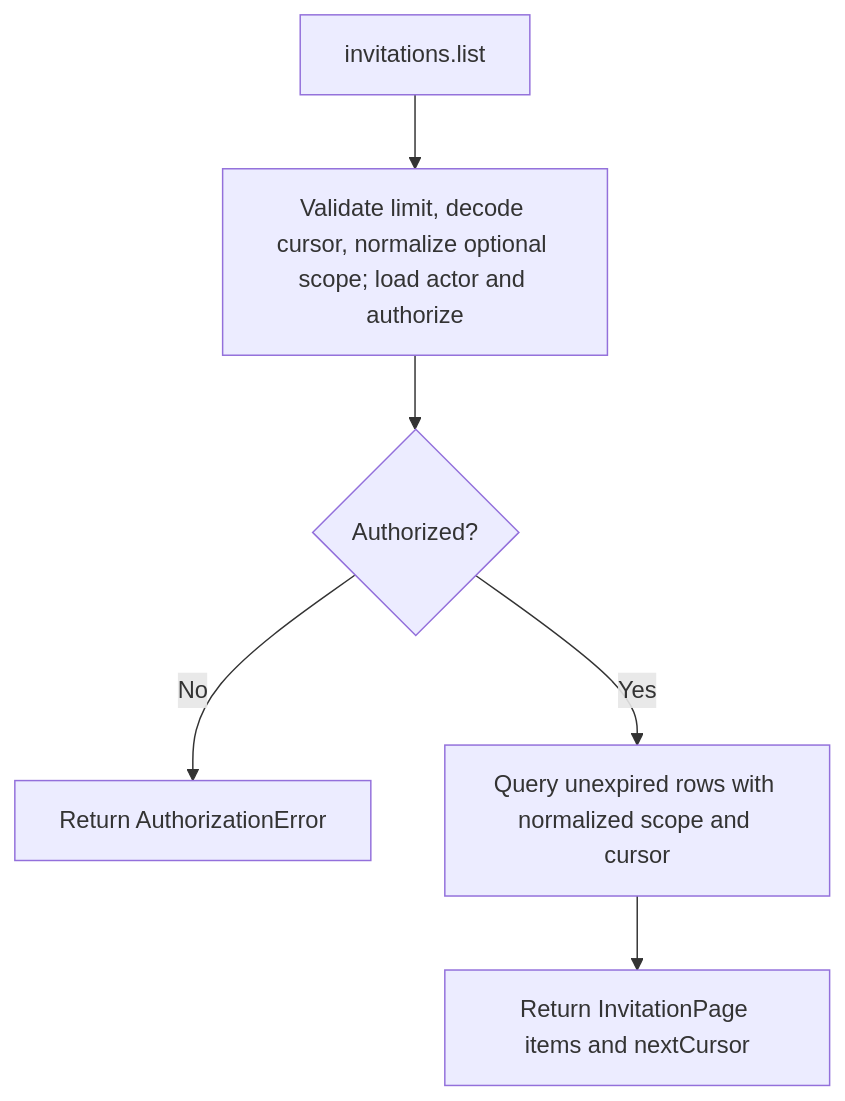
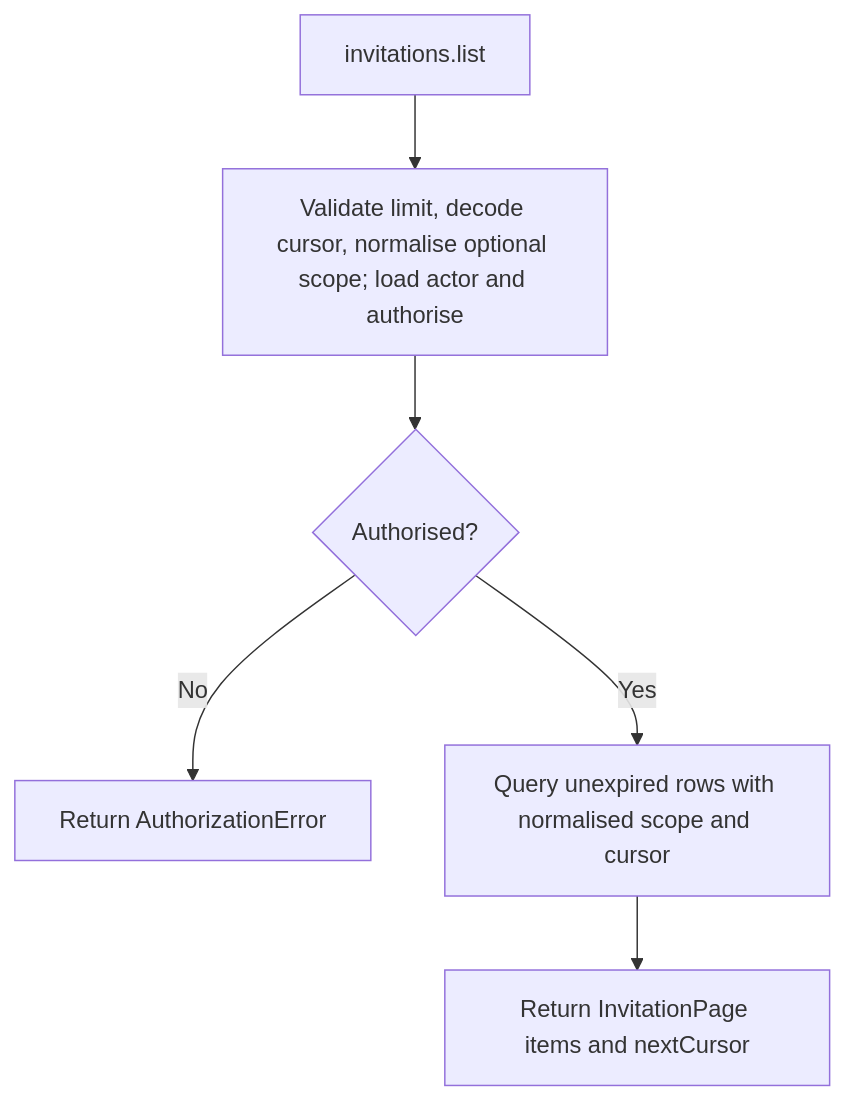
One commit to Kevinjohn/oss-adonisjs-account-kit changed the second of 2 diagrams in user-stories/US-ACCOUNT-10-list-invitations.md. Above: the diagram before and after it, drawn with Mermaid. The commit also changed other lines of this file and 93 other files, not shown here.

````diff
--- a/user-stories/US-ACCOUNT-10-list-invitations.md
+++ b/user-stories/US-ACCOUNT-10-list-invitations.md
@@ -30,8 +30,8 @@
 ```mermaid
 flowchart TD
- A["invitations.list"] --> B["Validate limit, decode cursor, normalize optional scope; load actor and authorize"]
- B --> C{"Authorized?"}
+ A["invitations.list"] --> B["Validate limit, decode cursor, normalise optional scope; load actor and authorise"]
+ B --> C{"Authorised?"}
  C -->|No| D["Return AuthorizationError"]
- C -->|Yes| E["Query unexpired rows with normalized scope and cursor"]
+ C -->|Yes| E["Query unexpired rows with normalised scope and cursor"]
  E --> F["Return InvitationPage items and nextCursor"]
 ```
````
